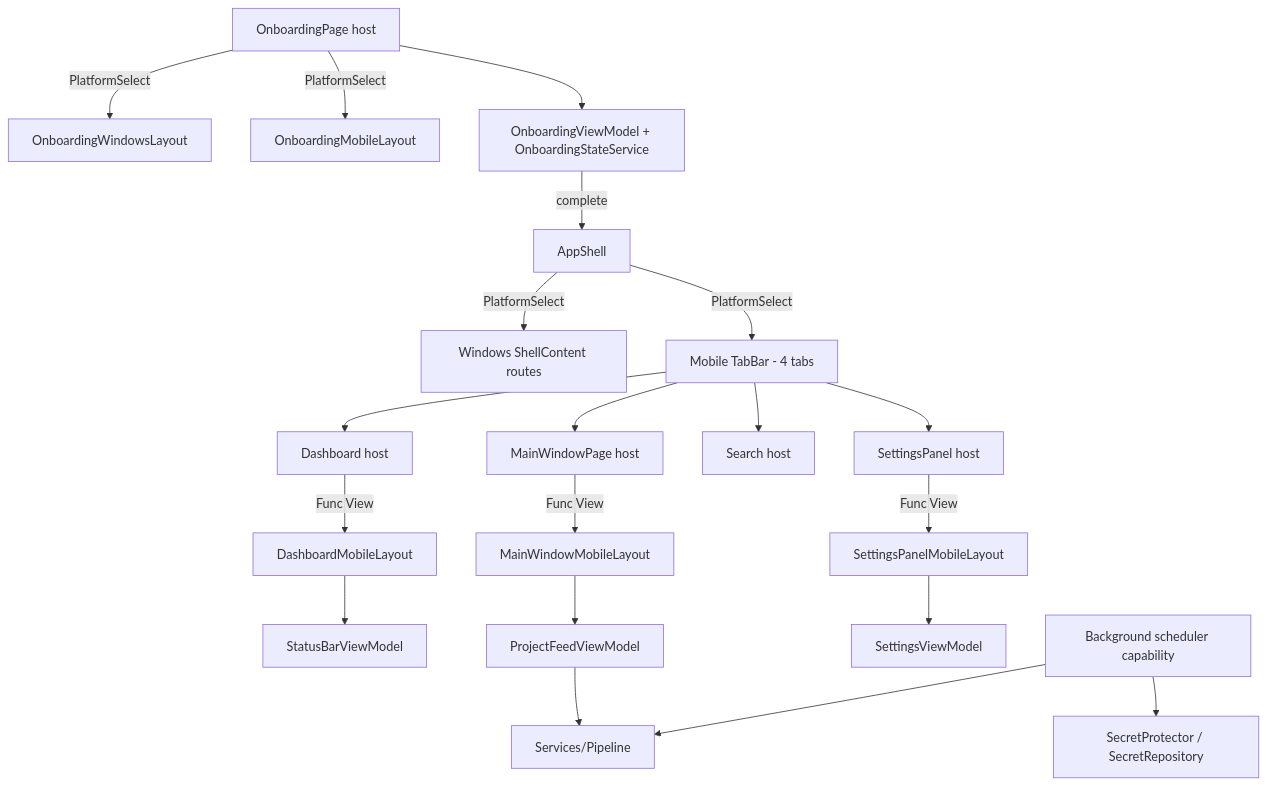
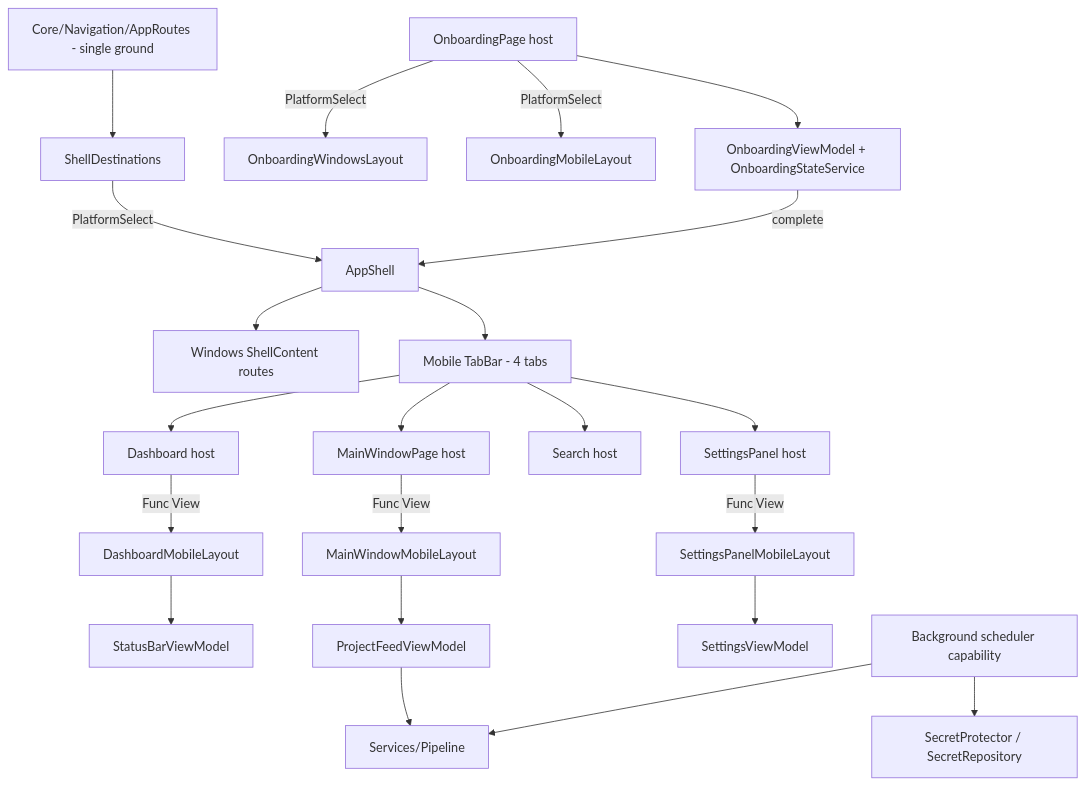
One commit to alaamer12/MostaqlK changed the diagram in .junie/plans/mostaqlk-full-mobile-edition.md. Above: the diagram before and after it, drawn with Mermaid. The commit also changed other lines of this file, not shown here.

Commit message:
feat: add MostaqlK Mobile Edition development roadmap and architectural requirements

````diff
--- a/.junie/plans/mostaqlk-full-mobile-edition.md
+++ b/.junie/plans/mostaqlk-full-mobile-edition.md
@@ -150,22 +189,24 @@
 ```mermaid
 graph TD
-    Shell[AppShell] -->|PlatformSelect| WinRoutes[Windows ShellContent routes]
-    Shell -->|PlatformSelect| TabBar[Mobile TabBar - 4 tabs]
+    Routes[Core/Navigation/AppRoutes - single ground] --> Dest[ShellDestinations]
+    Dest -->|PlatformSelect| Shell[AppShell]
+    Shell --> WinRoutes[Windows ShellContent routes]
+    Shell --> TabBar[Mobile TabBar - 4 tabs]
     TabBar --> Dash[Dashboard host]
     TabBar --> Proj[MainWindowPage host]
     TabBar --> Search[Search host]
     TabBar --> More[SettingsPanel host]
     Dash -->|Func View| DashMob[DashboardMobileLayout]
     Proj -->|Func View| ProjMob[MainWindowMobileLayout]
     More -->|Func View| SetMob[SettingsPanelMobileLayout]
     DashMob --> VM1[StatusBarViewModel]
     ProjMob --> VM2[ProjectFeedViewModel]
     SetMob --> VM3[SettingsViewModel]
     VM2 --> Pipe[Services/Pipeline]
     Onb[OnboardingPage host] -->|PlatformSelect| OnbWin[OnboardingWindowsLayout]
     Onb -->|PlatformSelect| OnbMob[OnboardingMobileLayout]
     Onb --> OnbVM[OnboardingViewModel + OnboardingStateService]
     OnbVM -->|complete| Shell
     Bg[Background scheduler capability] --> Pipe
     Bg --> Sec[SecretProtector / SecretRepository]
 ```
````
